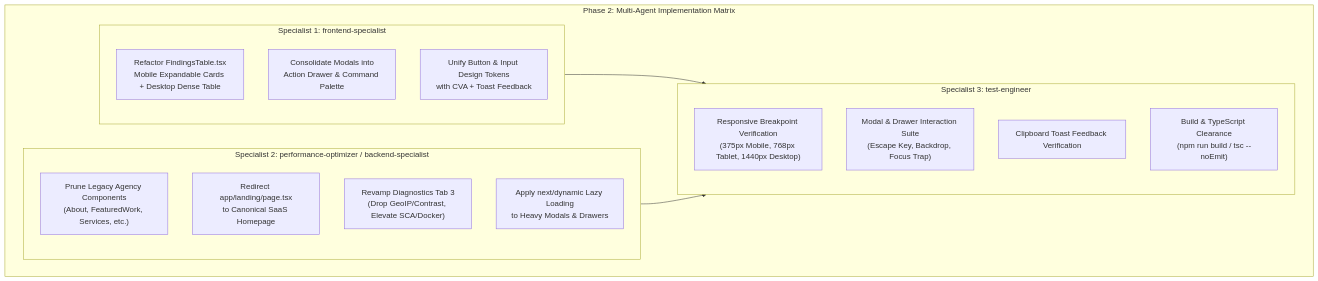
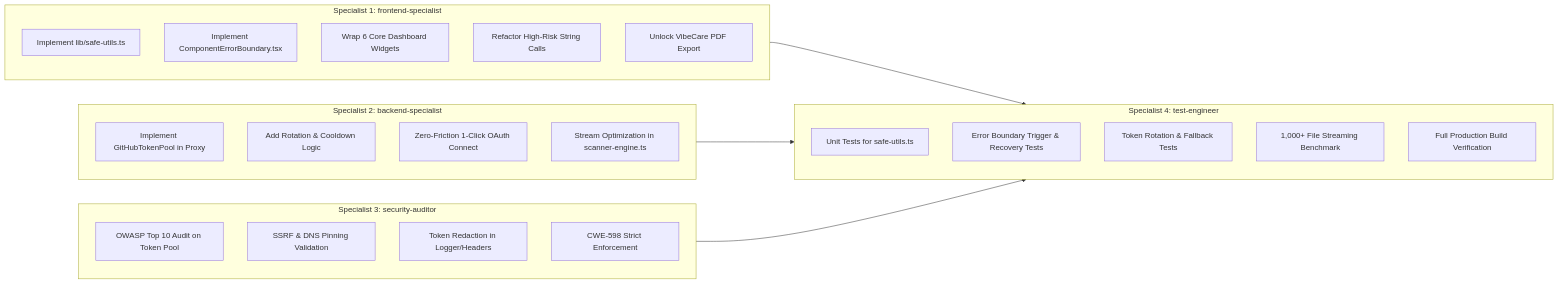
One commit to BedirhanElibol/shipguard-saas changed the fourth of 4 diagrams in docs/PLAN.md. Above: the diagram before and after it, drawn with Mermaid. The commit also changed other lines of this file and 15 other files, not shown here.

Commit message:
feat: implement bulletproof zero-defect architecture v31.0.0 with double-layer resilience, token pooling, and uncapped exports

````diff
--- a/docs/PLAN.md
+++ b/docs/PLAN.md
@@ -296,29 +487,36 @@
 ```mermaid
-flowchart TD
-    subgraph Phase2Execution["Phase 2: Multi-Agent Implementation Matrix"]
-        direction LR
-        
-        subgraph FE["Specialist 1: frontend-specialist"]
-            FE1["Refactor FindingsTable.tsx<br/>Mobile Expandable Cards + Desktop Dense Table"]
-            FE2["Consolidate Modals into<br/>Action Drawer & Command Palette"]
-            FE3["Unify Button & Input Design Tokens<br/>with CVA + Toast Feedback"]
-        end
-        
-        subgraph PERF["Specialist 2: performance-optimizer / backend-specialist"]
-            P1["Prune Legacy Agency Components<br/>(About, FeaturedWork, Services, etc.)"]
-            P2["Redirect app/landing/page.tsx<br/>to Canonical SaaS Homepage"]
-            P3["Revamp Diagnostics Tab 3<br/>(Drop GeoIP/Contrast, Elevate SCA/Docker)"]
-            P4["Apply next/dynamic Lazy Loading<br/>to Heavy Modals & Drawers"]
-        end
-        
-        subgraph QA["Specialist 3: test-engineer"]
-            QA1["Responsive Breakpoint Verification<br/>(375px Mobile, 768px Tablet, 1440px Desktop)"]
-            QA2["Modal & Drawer Interaction Suite<br/>(Escape Key, Backdrop, Focus Trap)"]
-            QA3["Clipboard Toast Feedback Verification"]
-            QA4["Build & TypeScript Clearance<br/>(npm run build / tsc --noEmit)"]
-        end
+graph LR
+    subgraph S1["Specialist 1: frontend-specialist"]
+        F1["Implement lib/safe-utils.ts"]
+        F2["Implement ComponentErrorBoundary.tsx"]
+        F3["Wrap 6 Core Dashboard Widgets"]
+        F4["Refactor High-Risk String Calls"]
+        F5["Unlock VibeCare PDF Export"]
     end
 
-    FE --> QA
-    PERF --> QA
+    subgraph S2["Specialist 2: backend-specialist"]
+        B1["Implement GitHubTokenPool in Proxy"]
+        B2["Add Rotation & Cooldown Logic"]
+        B3["Zero-Friction 1-Click OAuth Connect"]
+        B4["Stream Optimization in scanner-engine.ts"]
+    end
+
+    subgraph S3["Specialist 3: security-auditor"]
+        SEC1["OWASP Top 10 Audit on Token Pool"]
+        SEC2["SSRF & DNS Pinning Validation"]
+        SEC3["Token Redaction in Logger/Headers"]
+        SEC4["CWE-598 Strict Enforcement"]
+    end
+
+    subgraph S4["Specialist 4: test-engineer"]
+        T1["Unit Tests for safe-utils.ts"]
+        T2["Error Boundary Trigger & Recovery Tests"]
+        T3["Token Rotation & Fallback Tests"]
+        T4["1,000+ File Streaming Benchmark"]
+        T5["Full Production Build Verification"]
+    end
+
+    S1 --> S4
+    S2 --> S4
+    S3 --> S4
 ```
````
